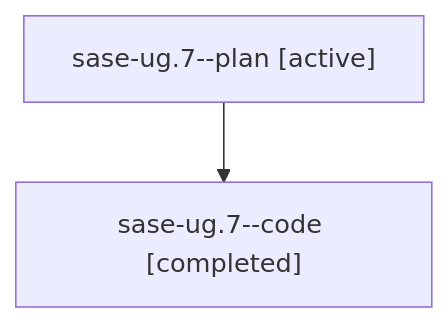
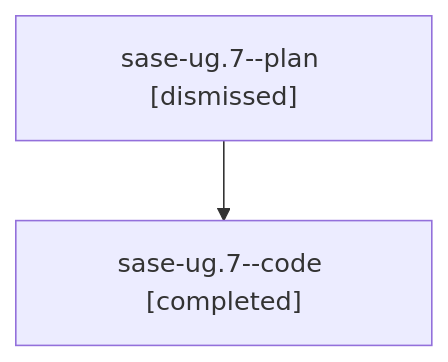
The diagram in sessions/bbugyi200.athena.sase-ug.7.md (sase-org/sase--agents), drawn with Mermaid before and after one commit. The commit also changed other lines of this file and 380 other files, not shown here.

````diff
--- a/sessions/bbugyi200.athena.sase-ug.7.md
+++ b/sessions/bbugyi200.athena.sase-ug.7.md
@@ -9,6 +9,6 @@
 ```mermaid
 flowchart TD
-  n0["sase-ug.7--plan [active]"]
+  n0["sase-ug.7--plan [dismissed]"]
   n1["sase-ug.7--code [completed]"]
   n0 --> n1
 ```
````
